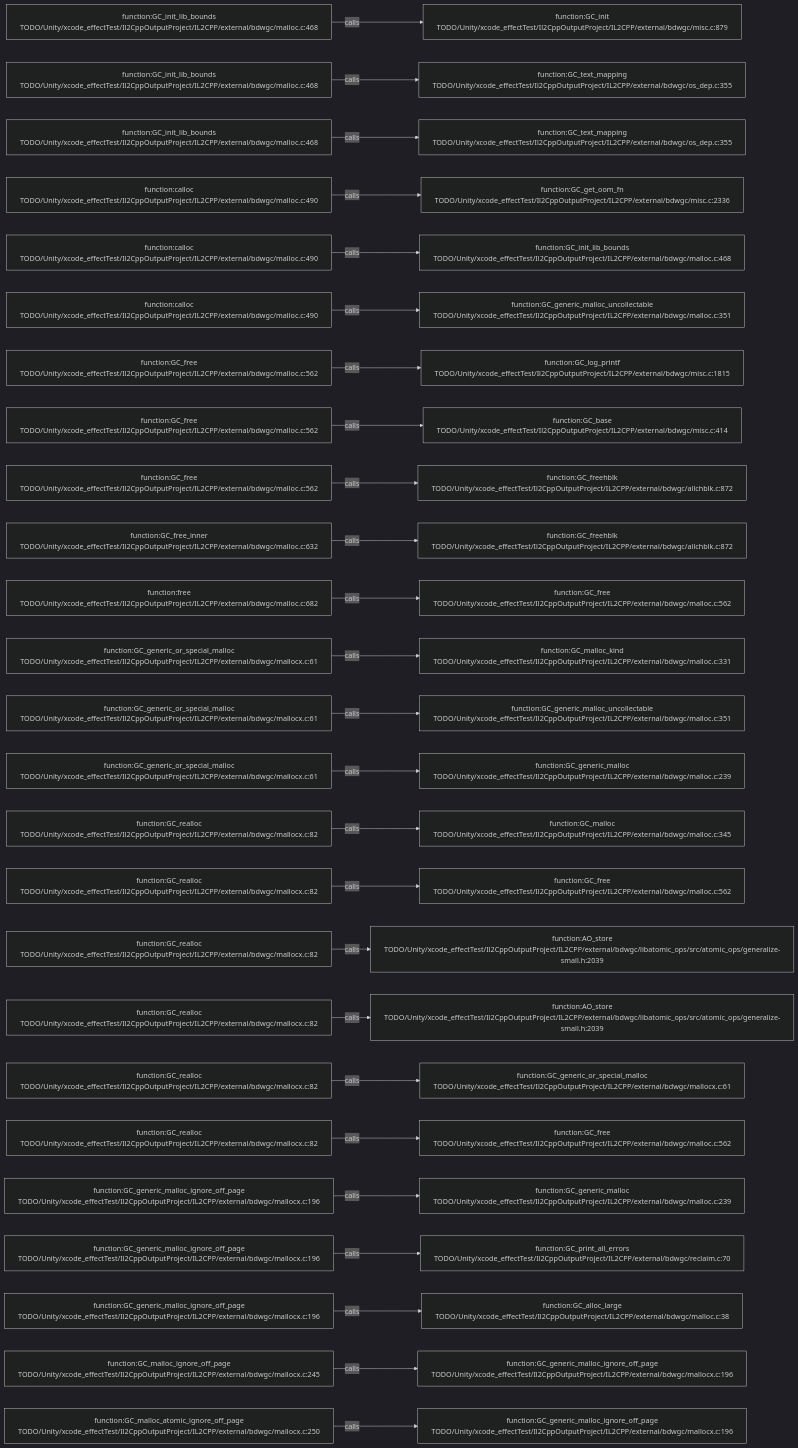
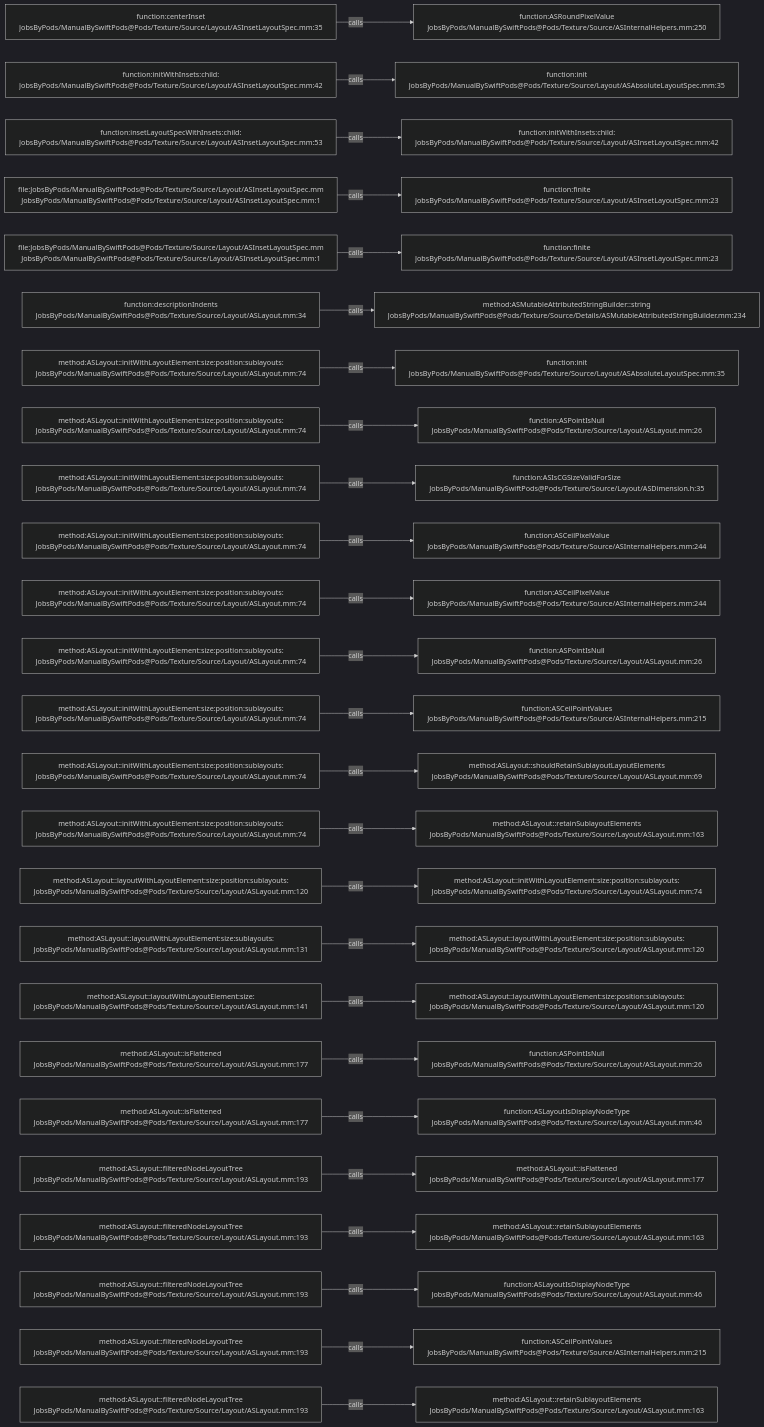
One commit to JobsKits/JobsSwiftBaseConfigDemo changed the diagram in .codegraph/codegraph.md/graphs/calls-127.md. Above: the diagram before and after it, drawn with Mermaid (dark theme). The commit also changed 2959 other files, not shown here.

````diff
--- a/.codegraph/codegraph.md/graphs/calls-127.md
+++ b/.codegraph/codegraph.md/graphs/calls-127.md
@@ -13,78 +13,78 @@
 ```mermaid
 flowchart LR
-  S1["function:GC_init_lib_bounds<br/>TODO/Unity/xcode_effectTest/Il2CppOutputProject/IL2CPP/external/bdwgc/malloc.c:468"]
-  T1["function:GC_init<br/>TODO/Unity/xcode_effectTest/Il2CppOutputProject/IL2CPP/external/bdwgc/misc.c:879"]
+  S1["function:centerInset<br/>JobsByPods/ManualBySwiftPods@Pods/Texture/Source/Layout/ASInsetLayoutSpec.mm:35"]
+  T1["function:ASRoundPixelValue<br/>JobsByPods/ManualBySwiftPods@Pods/Texture/Source/ASInternalHelpers.mm:250"]
   S1 -->|calls| T1
-  S2["function:GC_init_lib_bounds<br/>TODO/Unity/xcode_effectTest/Il2CppOutputProject/IL2CPP/external/bdwgc/malloc.c:468"]
-  T2["function:GC_text_mapping<br/>TODO/Unity/xcode_effectTest/Il2CppOutputProject/IL2CPP/external/bdwgc/os_dep.c:355"]
+  S2["function:initWithInsets:child:<br/>JobsByPods/ManualBySwiftPods@Pods/Texture/Source/Layout/ASInsetLayoutSpec.mm:42"]
+  T2["function:init<br/>JobsByPods/ManualBySwiftPods@Pods/Texture/Source/Layout/ASAbsoluteLayoutSpec.mm:35"]
   S2 -->|calls| T2
-  S3["function:GC_init_lib_bounds<br/>TODO/Unity/xcode_effectTest/Il2CppOutputProject/IL2CPP/external/bdwgc/malloc.c:468"]
-  T3["function:GC_text_mapping<br/>TODO/Unity/xcode_effectTest/Il2CppOutputProject/IL2CPP/external/bdwgc/os_dep.c:355"]
+  S3["function:insetLayoutSpecWithInsets:child:<br/>JobsByPods/ManualBySwiftPods@Pods/Texture/Source/Layout/ASInsetLayoutSpec.mm:53"]
+  T3["function:initWithInsets:child:<br/>JobsByPods/ManualBySwiftPods@Pods/Texture/Source/Layout/ASInsetLayoutSpec.mm:42"]
   S3 -->|calls| T3
-  S4["function:calloc<br/>TODO/Unity/xcode_effectTest/Il2CppOutputProject/IL2CPP/external/bdwgc/malloc.c:490"]
-  T4["function:GC_get_oom_fn<br/>TODO/Unity/xcode_effectTest/Il2CppOutputProject/IL2CPP/external/bdwgc/misc.c:2336"]
+  S4["file:JobsByPods/ManualBySwiftPods@Pods/Texture/Source/Layout/ASInsetLayoutSpec.mm<br/>JobsByPods/ManualBySwiftPods@Pods/Texture/Source/Layout/ASInsetLayoutSpec.mm:1"]
+  T4["function:finite<br/>JobsByPods/ManualBySwiftPods@Pods/Texture/Source/Layout/ASInsetLayoutSpec.mm:23"]
   S4 -->|calls| T4
-  S5["function:calloc<br/>TODO/Unity/xcode_effectTest/Il2CppOutputProject/IL2CPP/external/bdwgc/malloc.c:490"]
-  T5["function:GC_init_lib_bounds<br/>TODO/Unity/xcode_effectTest/Il2CppOutputProject/IL2CPP/external/bdwgc/malloc.c:468"]
+  S5["file:JobsByPods/ManualBySwiftPods@Pods/Texture/Source/Layout/ASInsetLayoutSpec.mm<br/>JobsByPods/ManualBySwiftPods@Pods/Texture/Source/Layout/ASInsetLayoutSpec.mm:1"]
+  T5["function:finite<br/>JobsByPods/ManualBySwiftPods@Pods/Texture/Source/Layout/ASInsetLayoutSpec.mm:23"]
   S5 -->|calls| T5
-  S6["function:calloc<br/>TODO/Unity/xcode_effectTest/Il2CppOutputProject/IL2CPP/external/bdwgc/malloc.c:490"]
-  T6["function:GC_generic_malloc_uncollectable<br/>TODO/Unity/xcode_effectTest/Il2CppOutputProject/IL2CPP/external/bdwgc/malloc.c:351"]
+  S6["function:descriptionIndents<br/>JobsByPods/ManualBySwiftPods@Pods/Texture/Source/Layout/ASLayout.mm:34"]
+  T6["method:ASMutableAttributedStringBuilder::string<br/>JobsByPods/ManualBySwiftPods@Pods/Texture/Source/Details/ASMutableAttributedStringBuilder.mm:234"]
   S6 -->|calls| T6
-  S7["function:GC_free<br/>TODO/Unity/xcode_effectTest/Il2CppOutputProject/IL2CPP/external/bdwgc/malloc.c:562"]
-  T7["function:GC_log_printf<br/>TODO/Unity/xcode_effectTest/Il2CppOutputProject/IL2CPP/external/bdwgc/misc.c:1815"]
+  S7["method:ASLayout::initWithLayoutElement:size:position:sublayouts:<br/>JobsByPods/ManualBySwiftPods@Pods/Texture/Source/Layout/ASLayout.mm:74"]
+  T7["function:init<br/>JobsByPods/ManualBySwiftPods@Pods/Texture/Source/Layout/ASAbsoluteLayoutSpec.mm:35"]
   S7 -->|calls| T7
-  S8["function:GC_free<br/>TODO/Unity/xcode_effectTest/Il2CppOutputProject/IL2CPP/external/bdwgc/malloc.c:562"]
-  T8["function:GC_base<br/>TODO/Unity/xcode_effectTest/Il2CppOutputProject/IL2CPP/external/bdwgc/misc.c:414"]
+  S8["method:ASLayout::initWithLayoutElement:size:position:sublayouts:<br/>JobsByPods/ManualBySwiftPods@Pods/Texture/Source/Layout/ASLayout.mm:74"]
+  T8["function:ASPointIsNull<br/>JobsByPods/ManualBySwiftPods@Pods/Texture/Source/Layout/ASLayout.mm:26"]
   S8 -->|calls| T8
-  S9["function:GC_free<br/>TODO/Unity/xcode_effectTest/Il2CppOutputProject/IL2CPP/external/bdwgc/malloc.c:562"]
-  T9["function:GC_freehblk<br/>TODO/Unity/xcode_effectTest/Il2CppOutputProject/IL2CPP/external/bdwgc/allchblk.c:872"]
+  S9["method:ASLayout::initWithLayoutElement:size:position:sublayouts:<br/>JobsByPods/ManualBySwiftPods@Pods/Texture/Source/Layout/ASLayout.mm:74"]
+  T9["function:ASIsCGSizeValidForSize<br/>JobsByPods/ManualBySwiftPods@Pods/Texture/Source/Layout/ASDimension.h:35"]
   S9 -->|calls| T9
-  S10["function:GC_free_inner<br/>TODO/Unity/xcode_effectTest/Il2CppOutputProject/IL2CPP/external/bdwgc/malloc.c:632"]
-  T10["function:GC_freehblk<br/>TODO/Unity/xcode_effectTest/Il2CppOutputProject/IL2CPP/external/bdwgc/allchblk.c:872"]
+  S10["method:ASLayout::initWithLayoutElement:size:position:sublayouts:<br/>JobsByPods/ManualBySwiftPods@Pods/Texture/Source/Layout/ASLayout.mm:74"]
+  T10["function:ASCeilPixelValue<br/>JobsByPods/ManualBySwiftPods@Pods/Texture/Source/ASInternalHelpers.mm:244"]
   S10 -->|calls| T10
-  S11["function:free<br/>TODO/Unity/xcode_effectTest/Il2CppOutputProject/IL2CPP/external/bdwgc/malloc.c:682"]
-  T11["function:GC_free<br/>TODO/Unity/xcode_effectTest/Il2CppOutputProject/IL2CPP/external/bdwgc/malloc.c:562"]
+  S11["method:ASLayout::initWithLayoutElement:size:position:sublayouts:<br/>JobsByPods/ManualBySwiftPods@Pods/Texture/Source/Layout/ASLayout.mm:74"]
+  T11["function:ASCeilPixelValue<br/>JobsByPods/ManualBySwiftPods@Pods/Texture/Source/ASInternalHelpers.mm:244"]
   S11 -->|calls| T11
-  S12["function:GC_generic_or_special_malloc<br/>TODO/Unity/xcode_effectTest/Il2CppOutputProject/IL2CPP/external/bdwgc/mallocx.c:61"]
-  T12["function:GC_malloc_kind<br/>TODO/Unity/xcode_effectTest/Il2CppOutputProject/IL2CPP/external/bdwgc/malloc.c:331"]
+  S12["method:ASLayout::initWithLayoutElement:size:position:sublayouts:<br/>JobsByPods/ManualBySwiftPods@Pods/Texture/Source/Layout/ASLayout.mm:74"]
+  T12["function:ASPointIsNull<br/>JobsByPods/ManualBySwiftPods@Pods/Texture/Source/Layout/ASLayout.mm:26"]
   S12 -->|calls| T12
-  S13["function:GC_generic_or_special_malloc<br/>TODO/Unity/xcode_effectTest/Il2CppOutputProject/IL2CPP/external/bdwgc/mallocx.c:61"]
-  T13["function:GC_generic_malloc_uncollectable<br/>TODO/Unity/xcode_effectTest/Il2CppOutputProject/IL2CPP/external/bdwgc/malloc.c:351"]
+  S13["method:ASLayout::initWithLayoutElement:size:position:sublayouts:<br/>JobsByPods/ManualBySwiftPods@Pods/Texture/Source/Layout/ASLayout.mm:74"]
+  T13["function:ASCeilPointValues<br/>JobsByPods/ManualBySwiftPods@Pods/Texture/Source/ASInternalHelpers.mm:215"]
   S13 -->|calls| T13
-  S14["function:GC_generic_or_special_malloc<br/>TODO/Unity/xcode_effectTest/Il2CppOutputProject/IL2CPP/external/bdwgc/mallocx.c:61"]
-  T14["function:GC_generic_malloc<br/>TODO/Unity/xcode_effectTest/Il2CppOutputProject/IL2CPP/external/bdwgc/malloc.c:239"]
+  S14["method:ASLayout::initWithLayoutElement:size:position:sublayouts:<br/>JobsByPods/ManualBySwiftPods@Pods/Texture/Source/Layout/ASLayout.mm:74"]
+  T14["method:ASLayout::shouldRetainSublayoutLayoutElements<br/>JobsByPods/ManualBySwiftPods@Pods/Texture/Source/Layout/ASLayout.mm:69"]
   S14 -->|calls| T14
-  S15["function:GC_realloc<br/>TODO/Unity/xcode_effectTest/Il2CppOutputProject/IL2CPP/external/bdwgc/mallocx.c:82"]
-  T15["function:GC_malloc<br/>TODO/Unity/xcode_effectTest/Il2CppOutputProject/IL2CPP/external/bdwgc/malloc.c:345"]
+  S15["method:ASLayout::initWithLayoutElement:size:position:sublayouts:<br/>JobsByPods/ManualBySwiftPods@Pods/Texture/Source/Layout/ASLayout.mm:74"]
+  T15["method:ASLayout::retainSublayoutElements<br/>JobsByPods/ManualBySwiftPods@Pods/Texture/Source/Layout/ASLayout.mm:163"]
   S15 -->|calls| T15
-  S16["function:GC_realloc<br/>TODO/Unity/xcode_effectTest/Il2CppOutputProject/IL2CPP/external/bdwgc/mallocx.c:82"]
-  T16["function:GC_free<br/>TODO/Unity/xcode_effectTest/Il2CppOutputProject/IL2CPP/external/bdwgc/malloc.c:562"]
+  S16["method:ASLayout::layoutWithLayoutElement:size:position:sublayouts:<br/>JobsByPods/ManualBySwiftPods@Pods/Texture/Source/Layout/ASLayout.mm:120"]
+  T16["method:ASLayout::initWithLayoutElement:size:position:sublayouts:<br/>JobsByPods/ManualBySwiftPods@Pods/Texture/Source/Layout/ASLayout.mm:74"]
   S16 -->|calls| T16
-  S17["function:GC_realloc<br/>TODO/Unity/xcode_effectTest/Il2CppOutputProject/IL2CPP/external/bdwgc/mallocx.c:82"]
-  T17["function:AO_store<br/>TODO/Unity/xcode_effectTest/Il2CppOutputProject/IL2CPP/external/bdwgc/libatomic_ops/src/atomic_ops/generalize-small.h:2039"]
+  S17["method:ASLayout::layoutWithLayoutElement:size:sublayouts:<br/>JobsByPods/ManualBySwiftPods@Pods/Texture/Source/Layout/ASLayout.mm:131"]
+  T17["method:ASLayout::layoutWithLayoutElement:size:position:sublayouts:<br/>JobsByPods/ManualBySwiftPods@Pods/Texture/Source/Layout/ASLayout.mm:120"]
   S17 -->|calls| T17
-  S18["function:GC_realloc<br/>TODO/Unity/xcode_effectTest/Il2CppOutputProject/IL2CPP/external/bdwgc/mallocx.c:82"]
-  T18["function:AO_store<br/>TODO/Unity/xcode_effectTest/Il2CppOutputProject/IL2CPP/external/bdwgc/libatomic_ops/src/atomic_ops/generalize-small.h:2039"]
+  S18["method:ASLayout::layoutWithLayoutElement:size:<br/>JobsByPods/ManualBySwiftPods@Pods/Texture/Source/Layout/ASLayout.mm:141"]
+  T18["method:ASLayout::layoutWithLayoutElement:size:position:sublayouts:<br/>JobsByPods/ManualBySwiftPods@Pods/Texture/Source/Layout/ASLayout.mm:120"]
   S18 -->|calls| T18
-  S19["function:GC_realloc<br/>TODO/Unity/xcode_effectTest/Il2CppOutputProject/IL2CPP/external/bdwgc/mallocx.c:82"]
-  T19["function:GC_generic_or_special_malloc<br/>TODO/Unity/xcode_effectTest/Il2CppOutputProject/IL2CPP/external/bdwgc/mallocx.c:61"]
+  S19["method:ASLayout::isFlattened<br/>JobsByPods/ManualBySwiftPods@Pods/Texture/Source/Layout/ASLayout.mm:177"]
+  T19["function:ASPointIsNull<br/>JobsByPods/ManualBySwiftPods@Pods/Texture/Source/Layout/ASLayout.mm:26"]
   S19 -->|calls| T19
-  S20["function:GC_realloc<br/>TODO/Unity/xcode_effectTest/Il2CppOutputProject/IL2CPP/external/bdwgc/mallocx.c:82"]
-  T20["function:GC_free<br/>TODO/Unity/xcode_effectTest/Il2CppOutputProject/IL2CPP/external/bdwgc/malloc.c:562"]
+  S20["method:ASLayout::isFlattened<br/>JobsByPods/ManualBySwiftPods@Pods/Texture/Source/Layout/ASLayout.mm:177"]
+  T20["function:ASLayoutIsDisplayNodeType<br/>JobsByPods/ManualBySwiftPods@Pods/Texture/Source/Layout/ASLayout.mm:46"]
   S20 -->|calls| T20
-  S21["function:GC_generic_malloc_ignore_off_page<br/>TODO/Unity/xcode_effectTest/Il2CppOutputProject/IL2CPP/external/bdwgc/mallocx.c:196"]
-  T21["function:GC_generic_malloc<br/>TODO/Unity/xcode_effectTest/Il2CppOutputProject/IL2CPP/external/bdwgc/malloc.c:239"]
+  S21["method:ASLayout::filteredNodeLayoutTree<br/>JobsByPods/ManualBySwiftPods@Pods/Texture/Source/Layout/ASLayout.mm:193"]
+  T21["method:ASLayout::isFlattened<br/>JobsByPods/ManualBySwiftPods@Pods/Texture/Source/Layout/ASLayout.mm:177"]
   S21 -->|calls| T21
-  S22["function:GC_generic_malloc_ignore_off_page<br/>TODO/Unity/xcode_effectTest/Il2CppOutputProject/IL2CPP/external/bdwgc/mallocx.c:196"]
-  T22["function:GC_print_all_errors<br/>TODO/Unity/xcode_effectTest/Il2CppOutputProject/IL2CPP/external/bdwgc/reclaim.c:70"]
+  S22["method:ASLayout::filteredNodeLayoutTree<br/>JobsByPods/ManualBySwiftPods@Pods/Texture/Source/Layout/ASLayout.mm:193"]
+  T22["method:ASLayout::retainSublayoutElements<br/>JobsByPods/ManualBySwiftPods@Pods/Texture/Source/Layout/ASLayout.mm:163"]
   S22 -->|calls| T22
-  S23["function:GC_generic_malloc_ignore_off_page<br/>TODO/Unity/xcode_effectTest/Il2CppOutputProject/IL2CPP/external/bdwgc/mallocx.c:196"]
-  T23["function:GC_alloc_large<br/>TODO/Unity/xcode_effectTest/Il2CppOutputProject/IL2CPP/external/bdwgc/malloc.c:38"]
+  S23["method:ASLayout::filteredNodeLayoutTree<br/>JobsByPods/ManualBySwiftPods@Pods/Texture/Source/Layout/ASLayout.mm:193"]
+  T23["function:ASLayoutIsDisplayNodeType<br/>JobsByPods/ManualBySwiftPods@Pods/Texture/Source/Layout/ASLayout.mm:46"]
   S23 -->|calls| T23
-  S24["function:GC_malloc_ignore_off_page<br/>TODO/Unity/xcode_effectTest/Il2CppOutputProject/IL2CPP/external/bdwgc/mallocx.c:245"]
-  T24["function:GC_generic_malloc_ignore_off_page<br/>TODO/Unity/xcode_effectTest/Il2CppOutputProject/IL2CPP/external/bdwgc/mallocx.c:196"]
+  S24["method:ASLayout::filteredNodeLayoutTree<br/>JobsByPods/ManualBySwiftPods@Pods/Texture/Source/Layout/ASLayout.mm:193"]
+  T24["function:ASCeilPointValues<br/>JobsByPods/ManualBySwiftPods@Pods/Texture/Source/ASInternalHelpers.mm:215"]
   S24 -->|calls| T24
-  S25["function:GC_malloc_atomic_ignore_off_page<br/>TODO/Unity/xcode_effectTest/Il2CppOutputProject/IL2CPP/external/bdwgc/mallocx.c:250"]
-  T25["function:GC_generic_malloc_ignore_off_page<br/>TODO/Unity/xcode_effectTest/Il2CppOutputProject/IL2CPP/external/bdwgc/mallocx.c:196"]
+  S25["method:ASLayout::filteredNodeLayoutTree<br/>JobsByPods/ManualBySwiftPods@Pods/Texture/Source/Layout/ASLayout.mm:193"]
+  T25["method:ASLayout::retainSublayoutElements<br/>JobsByPods/ManualBySwiftPods@Pods/Texture/Source/Layout/ASLayout.mm:163"]
   S25 -->|calls| T25
 ```
````
